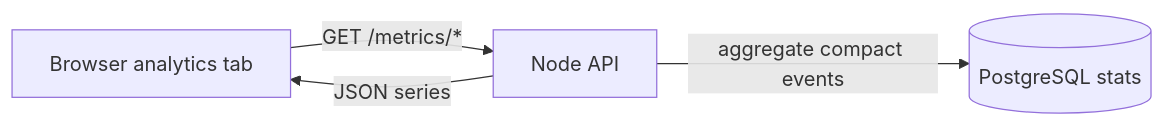
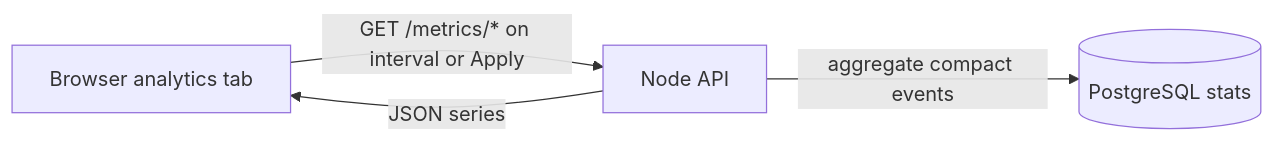
One commit to OferElboher/suspicious-email-triage changed the second of 6 diagrams in docs/SYSTEM_COMPREHENSIVE.md. Above: the diagram before and after it, drawn with Mermaid. The commit also changed other lines of this file and 26 other files, not shown here.

Commit message:
chart auto-refresh toggle button, docs to instruct how to GUI database clients on Windows 11 with wsl docker container databases

````diff
--- a/docs/SYSTEM_COMPREHENSIVE.md
+++ b/docs/SYSTEM_COMPREHENSIVE.md
@@ -85,6 +85,6 @@
 ```mermaid
 flowchart LR
-  U[Browser analytics tab] -->|GET /metrics/*| API[Node API]
+  U[Browser analytics tab] -->|GET /metrics/* on interval or Apply| API[Node API]
   API -->|aggregate compact events| PG[(PostgreSQL stats)]
   API -->|JSON series| U
 ```
````
